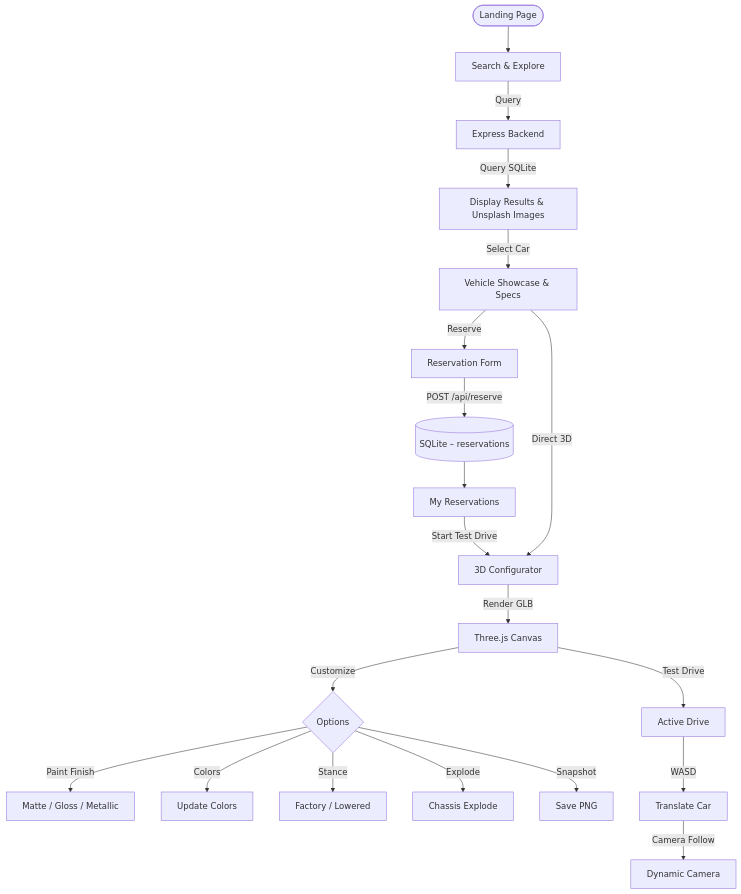
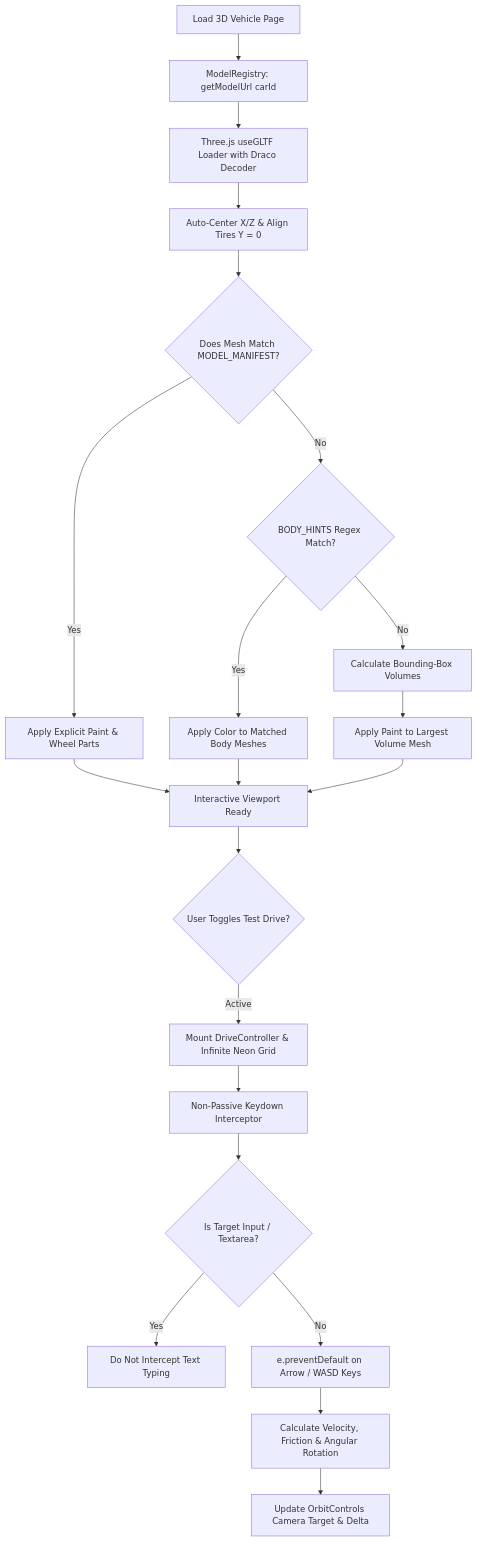
Before and after one commit to Adarsh-Saripaka/Axis-DriveWorks: the fourth of 4 diagrams in README.md, drawn with Mermaid. The commit also changed other lines of this file and 9 other files, not shown here.

````diff
--- a/README.md
+++ b/README.md
@@ -64,22 +175,26 @@
 ```mermaid
-graph TD
-    Start([Landing Page]) --> Search[Search & Explore]
-    Search -->|Query| BackendSearch[Express Backend]
-    BackendSearch -->|Query SQLite| Results[Display Results & Unsplash Images]
-    Results -->|Select Car| Showcase[Vehicle Showcase & Specs]
-    Showcase -->|Reserve| BookForm[Reservation Form]
-    BookForm -->|POST /api/reserve| DBSave[(SQLite – reservations)]
-    DBSave --> Bookings[My Reservations]
-    Bookings -->|Start Test Drive| Viewer[3D Configurator]
-    Showcase -->|Direct 3D| Viewer
-    Viewer -->|Render GLB| Canvas[Three.js Canvas]
-    Canvas -->|Customize| Config{Options}
-    Config -->|Paint Finish| Finish[Matte / Gloss / Metallic]
-    Config -->|Colors| Palette[Update Colors]
-    Config -->|Stance| Stance[Factory / Lowered]
-    Config -->|Explode| Explode[Chassis Explode]
-    Config -->|Snapshot| Snapshot[Save PNG]
-    Canvas -->|Test Drive| DriveMode[Active Drive]
-    DriveMode -->|WASD| Movement[Translate Car]
-    Movement -->|Camera Follow| Camera[Dynamic Camera]
+flowchart TD
+    Start[Load 3D Vehicle Page] --> ResolveURL[ModelRegistry: getModelUrl carId]
+    ResolveURL --> Loader[Three.js useGLTF Loader with Draco Decoder]
+    Loader --> Normalize[Auto-Center X/Z & Align Tires Y = 0]
+    
+    Normalize --> MaterialMatch{Does Mesh Match MODEL_MANIFEST?}
+    MaterialMatch -->|Yes| ApplyManifest[Apply Explicit Paint & Wheel Parts]
+    MaterialMatch -->|No| HeuristicMatch{BODY_HINTS Regex Match?}
+    HeuristicMatch -->|Yes| ApplyHeuristic[Apply Color to Matched Body Meshes]
+    HeuristicMatch -->|No| VolumeFallback[Calculate Bounding-Box Volumes]
+    VolumeFallback --> LargestMesh[Apply Paint to Largest Volume Mesh]
+    
+    ApplyManifest --> RenderViewport[Interactive Viewport Ready]
+    ApplyHeuristic --> RenderViewport
+    LargestMesh --> RenderViewport
+
+    RenderViewport --> DriveModeCheck{User Toggles Test Drive?}
+    DriveModeCheck -->|Active| InitDrive[Mount DriveController & Infinite Neon Grid]
+    InitDrive --> KeyListener[Non-Passive Keydown Interceptor]
+    KeyListener --> CheckFocus{Is Target Input / Textarea?}
+    CheckFocus -->|Yes| AllowNative[Do Not Intercept Text Typing]
+    CheckFocus -->|No| BlockScroll[e.preventDefault on Arrow / WASD Keys]
+    BlockScroll --> UpdatePhysics[Calculate Velocity, Friction & Angular Rotation]
+    UpdatePhysics --> ChaseCam[Update OrbitControls Camera Target & Delta]
 ```
````
